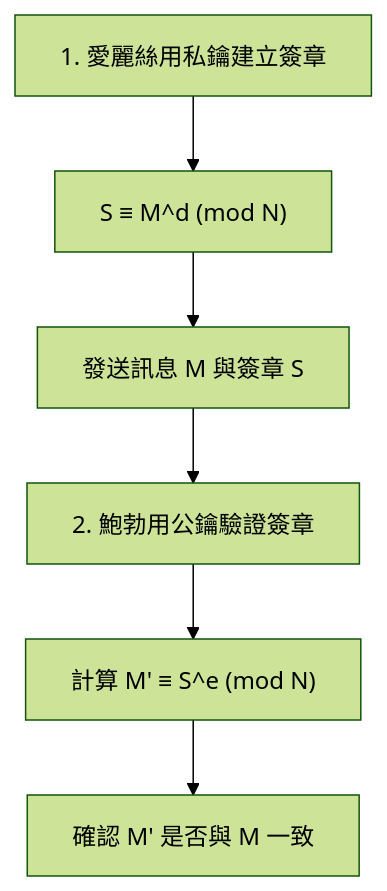
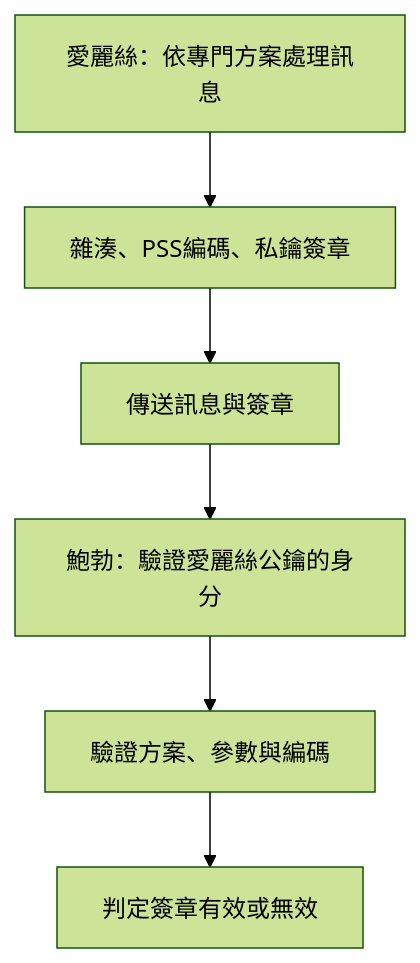
Before and after one commit to kenjinote/blog: the third of 3 diagrams in content/post/rsa暗号の仕組みを高校生でもわかるように説明する/index.zh-tw.md, drawn with Mermaid (forest theme). The commit also changed other lines of this file and 5 other files, not shown here.

````diff
--- a/content/post/rsa暗号の仕組みを高校生でもわかるように説明する/index.zh-tw.md
+++ b/content/post/rsa暗号の仕組みを高校生でもわかるように説明する/index.zh-tw.md
@@ -291,9 +169,8 @@
 ```mermaid
 flowchart TD
-    A1["1. 愛麗絲用私鑰建立簽章"] --> A2["S ≡ M^d (mod N)"]
-    A2 --> A3["發送訊息 M 與簽章 S"]
-    
-    A3 --> B1["2. 鮑勃用公鑰驗證簽章"]
-    B1 --> B2["計算 M' ≡ S^e (mod N)"]
-    B2 --> B3["確認 M' 是否與 M 一致"]
+    A1["愛麗絲：依專門方案處理訊息"] --> A2["雜湊、PSS編碼、私鑰簽章"]
+    A2 --> A3["傳送訊息與簽章"]
+    A3 --> B1["鮑勃：驗證愛麗絲公鑰的身分"]
+    B1 --> B2["驗證方案、參數與編碼"]
+    B2 --> B3["判定簽章有效或無效"]
 ```
````
